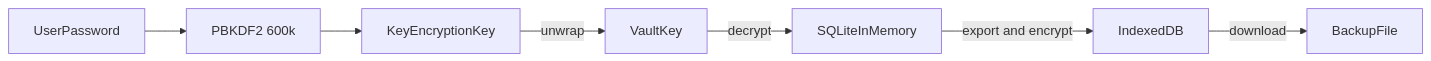
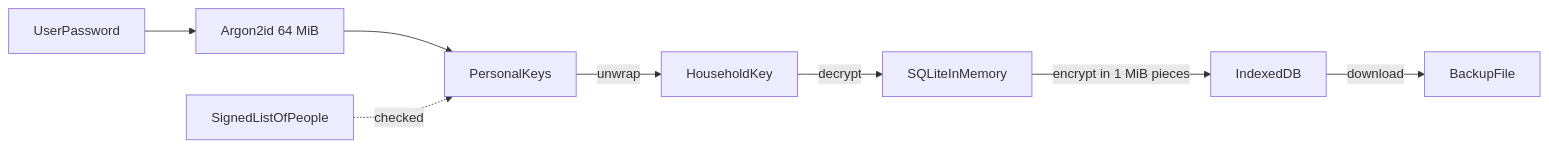
One commit to kool277/iqtisod changed the diagram in README.md. Above: the diagram before and after it, drawn with Mermaid. The commit also changed other lines of this file and 9 other files, not shown here.

````diff
--- a/README.md
+++ b/README.md
@@ -51,9 +52,10 @@
 ```mermaid
 flowchart LR
-  password[UserPassword] --> kdf["PBKDF2 600k"]
-  kdf --> kek[KeyEncryptionKey]
-  kek -->|unwrap| dek[VaultKey]
+  password[UserPassword] --> kdf["Argon2id 64 MiB"]
+  kdf --> keys[PersonalKeys]
+  roster[SignedListOfPeople] -.->|checked| keys
+  keys -->|unwrap| dek[HouseholdKey]
   dek -->|decrypt| db[SQLiteInMemory]
-  db -->|export and encrypt| idb[IndexedDB]
+  db -->|encrypt in 1 MiB pieces| idb[IndexedDB]
   idb -->|download| backup[BackupFile]
 ```
````
